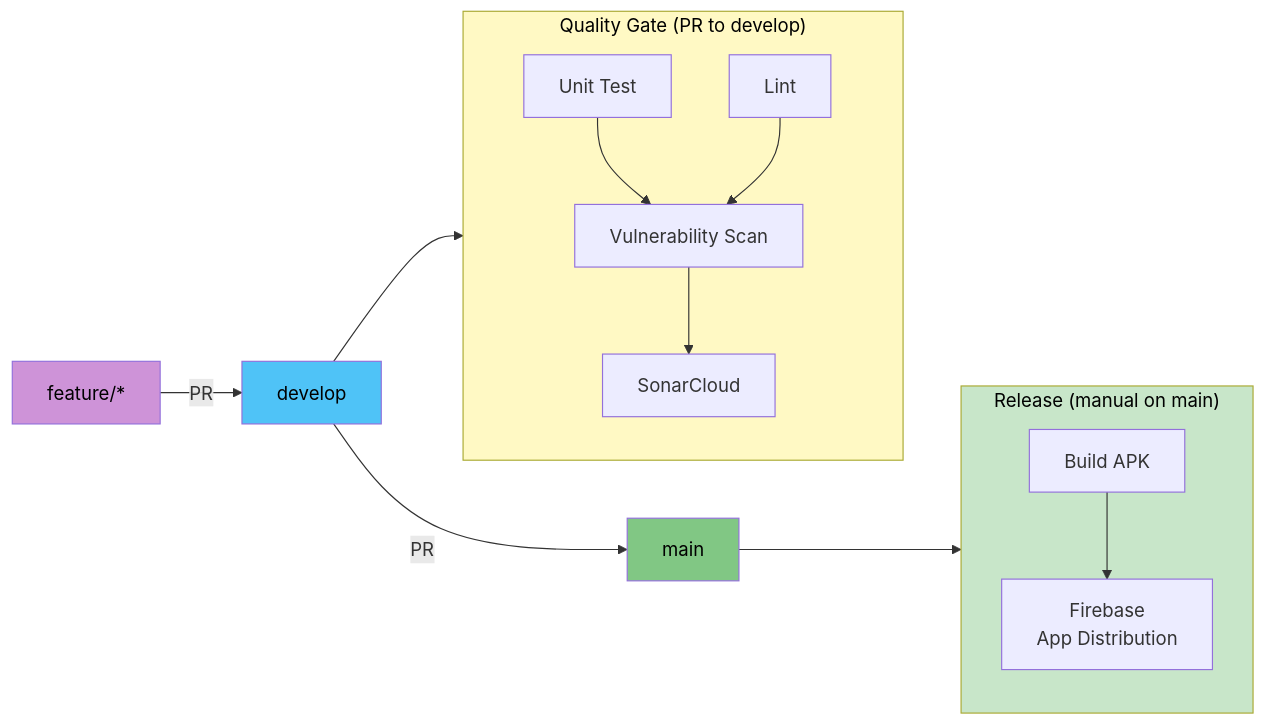
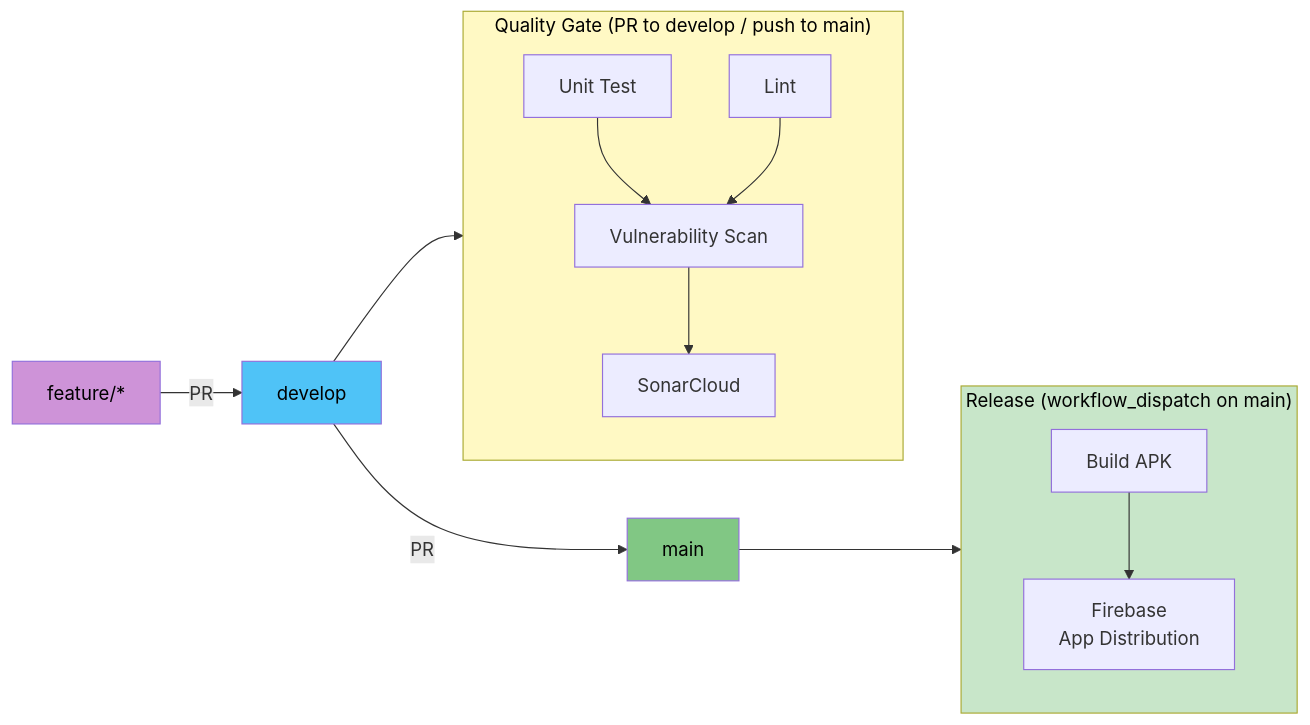
Before and after one commit to Schitzos/mbc-nfc: diagram 13 of 15 in docs/PRESENTATION.md, drawn with Mermaid. The commit also changed other lines of this file, not shown here.

````diff
--- a/docs/PRESENTATION.md
+++ b/docs/PRESENTATION.md
@@ -624,26 +707,26 @@
 ```mermaid
 flowchart LR
     F[feature/*] -->|PR| DEV[develop]
     DEV -->|PR| MAIN[main]
 
-    subgraph QG["Quality Gate (PR to develop)"]
+    subgraph QG["Quality Gate (PR to develop / push to main)"]
         direction TB
         UT[Unit Test] --> VS[Vulnerability Scan]
         LT[Lint] --> VS
         VS --> SC[SonarCloud]
     end
 
-    subgraph REL["Release (manual on main)"]
+    subgraph REL["Release (workflow_dispatch on main)"]
         direction TB
         BA[Build APK] --> FD[Firebase<br/>App Distribution]
     end
 
     DEV --> QG
     MAIN --> REL
 
     style F fill:#CE93D8,color:#000
     style DEV fill:#4FC3F7,color:#000
     style MAIN fill:#81C784,color:#000
     style QG fill:#FFF9C4,color:#000
     style REL fill:#C8E6C9,color:#000
 ```
````
